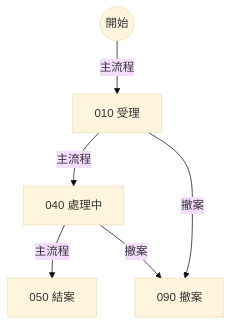
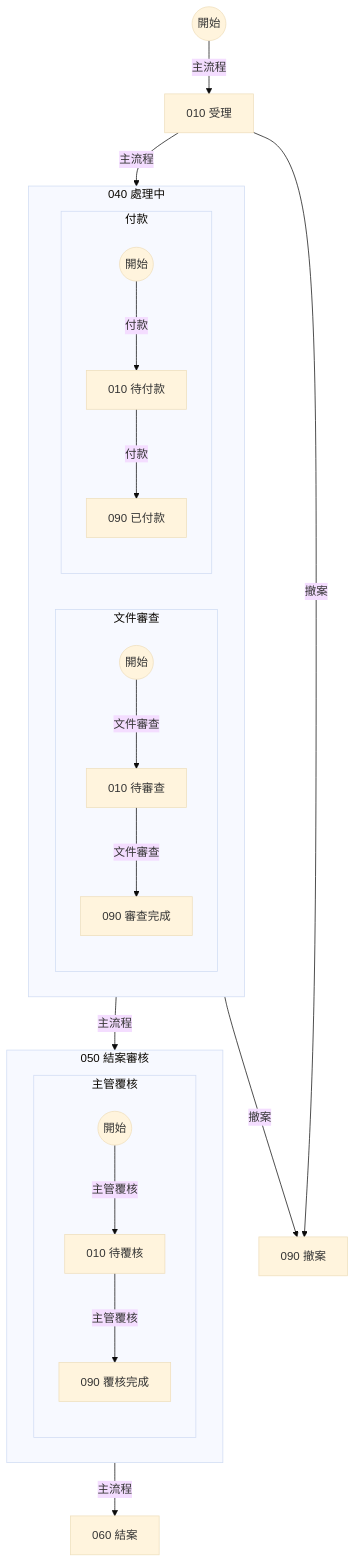
The first of 4 diagrams in docs/design/spec-schema-framework/examples/gate/input/status-CASE_STATUS.md (jonny50905/MCPSample), drawn with Mermaid (base theme) before and after one commit. The commit also changed other lines of this file and 44 other files, not shown here.

First line of the commit message:
docs(design): issue #37 依管理者回覆補上線上描述、多段圖對應與說明區域處置

````diff
--- a/docs/design/spec-schema-framework/examples/gate/input/status-CASE_STATUS.md
+++ b/docs/design/spec-schema-framework/examples/gate/input/status-CASE_STATUS.md
@@ -7,8 +7,25 @@
 ```mermaid
 flowchart TD
+    subgraph M040 [040 處理中]
+        subgraph DOCS [文件審查]
+            DS((開始)) -->|文件審查| D010["010 待審查"]
+            D010 -->|文件審查| D090["090 審查完成"]
+        end
+        subgraph PAYS [付款]
+            PS((開始)) -->|付款| P010["010 待付款"]
+            P010 -->|付款| P090["090 已付款"]
+        end
+    end
+    subgraph M050 [050 結案審核]
+        subgraph APVS [主管覆核]
+            AS((開始)) -->|主管覆核| A010["010 待覆核"]
+            A010 -->|主管覆核| A090["090 覆核完成"]
+        end
+    end
     START((開始)) -->|主流程| N010["010 受理"]
-    N010 -->|主流程| N040["040 處理中"]
-    N040 -->|主流程| N050["050 結案"]
+    N010 -->|主流程| M040
+    M040 -->|主流程| M050
+    M050 -->|主流程| N060["060 結案"]
     N010 -->|撤案| N090["090 撤案"]
-    N040 -->|撤案| N090
+    M040 -->|撤案| N090
 ```
````
